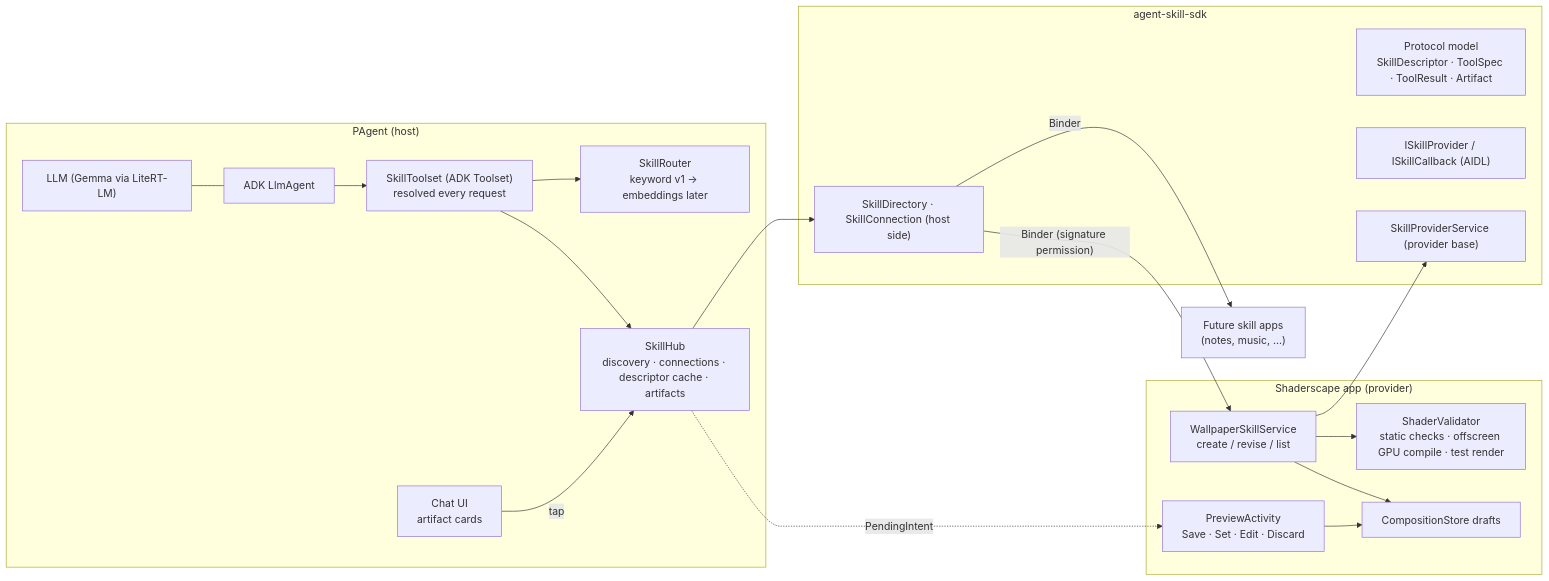
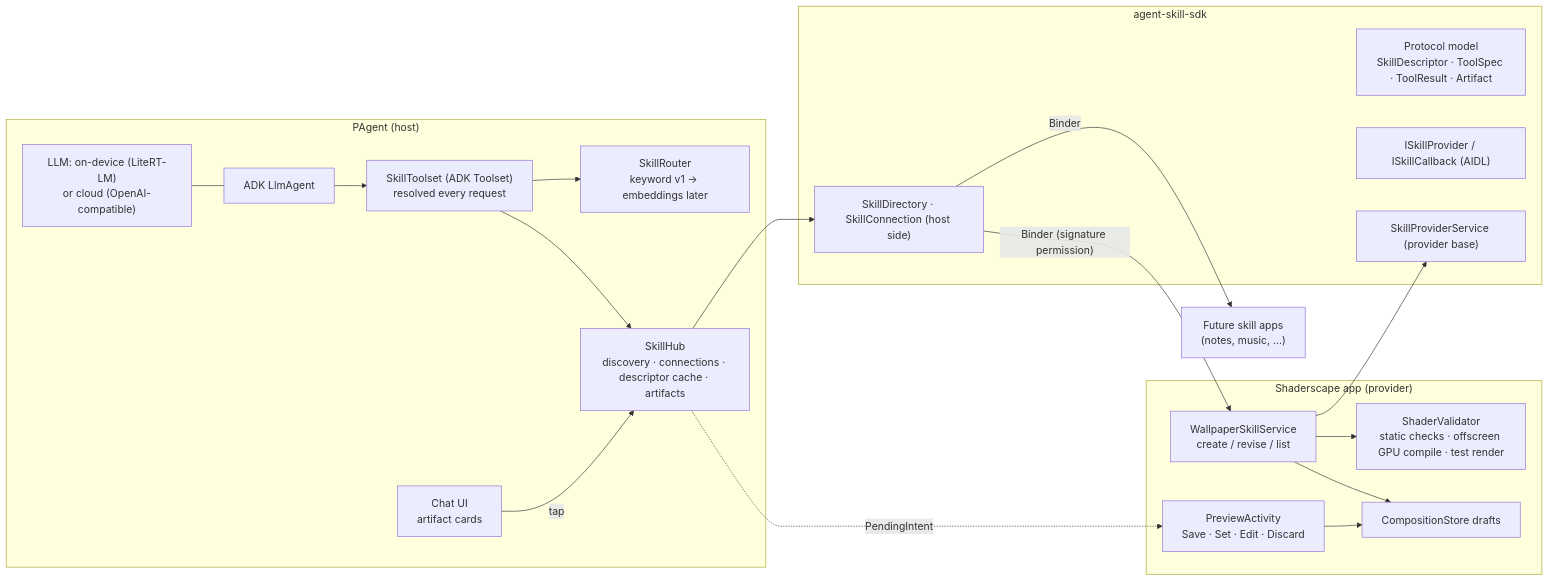
One commit to PhaniKiran1999/agent-skill-sdk changed the diagram in design-docs/architecture.md. Above: the diagram before and after it, drawn with Mermaid. The commit also changed other lines of this file and 1 other file, not shown here.

Commit message:
Update design docs: artifact state across restarts, revisions, cloud models, JitPack

````diff
--- a/design-docs/architecture.md
+++ b/design-docs/architecture.md
@@ -11,40 +11,40 @@
 ```mermaid
 flowchart LR
     subgraph Host["PAgent (host)"]
-        LLM["LLM (Gemma via LiteRT-LM)"]
+        LLM["LLM: on-device (LiteRT-LM)<br/>or cloud (OpenAI-compatible)"]
         ADK["ADK LlmAgent"]
         TS["SkillToolset (ADK Toolset)<br/>resolved every request"]
         Router["SkillRouter<br/>keyword v1 → embeddings later"]
         Hub["SkillHub<br/>discovery · connections · descriptor cache · artifacts"]
         Chat["Chat UI<br/>artifact cards"]
         LLM --- ADK
         ADK --> TS --> Router
         TS --> Hub
         Chat -->|tap| Hub
     end
 
     subgraph SDK["agent-skill-sdk"]
         Proto["Protocol model<br/>SkillDescriptor · ToolSpec · ToolResult · Artifact"]
         AIDL["ISkillProvider / ISkillCallback (AIDL)"]
         Base["SkillProviderService (provider base)"]
         Client["SkillDirectory · SkillConnection (host side)"]
     end
 
     subgraph Wall["Shaderscape app (provider)"]
         WSS["WallpaperSkillService<br/>create / revise / list"]
         Val["ShaderValidator<br/>static checks · offscreen GPU compile · test render"]
         Drafts["CompositionStore drafts"]
         Prev["PreviewActivity<br/>Save · Set · Edit · Discard"]
         WSS --> Val
         WSS --> Drafts
         Prev --> Drafts
     end
 
     Other["Future skill apps<br/>(notes, music, …)"]
 
     Hub --> Client
     Client -- "Binder (signature permission)" --> WSS
     Client -- Binder --> Other
     Hub -. "PendingIntent" .-> Prev
     WSS --> Base
 ```
````
